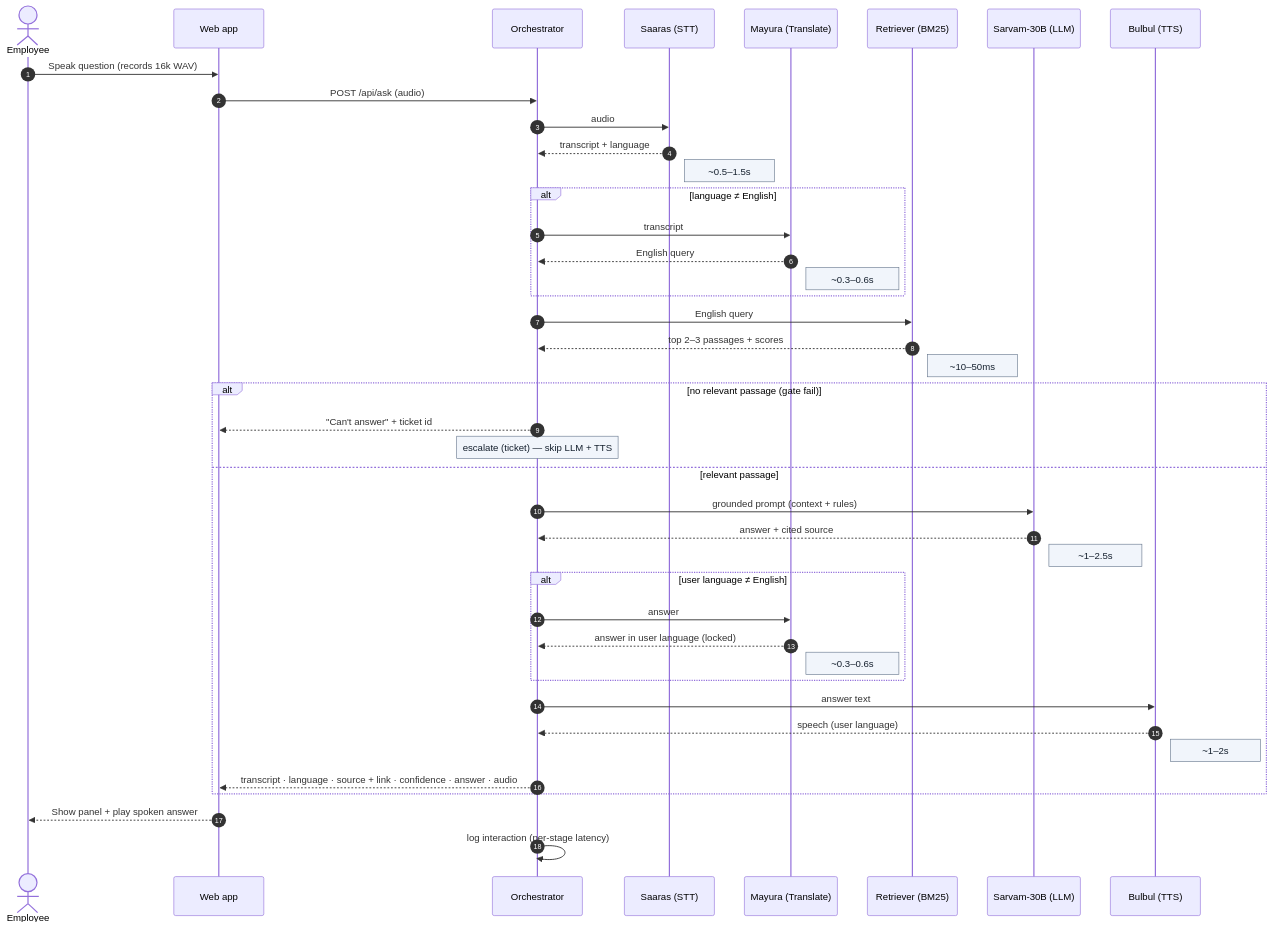
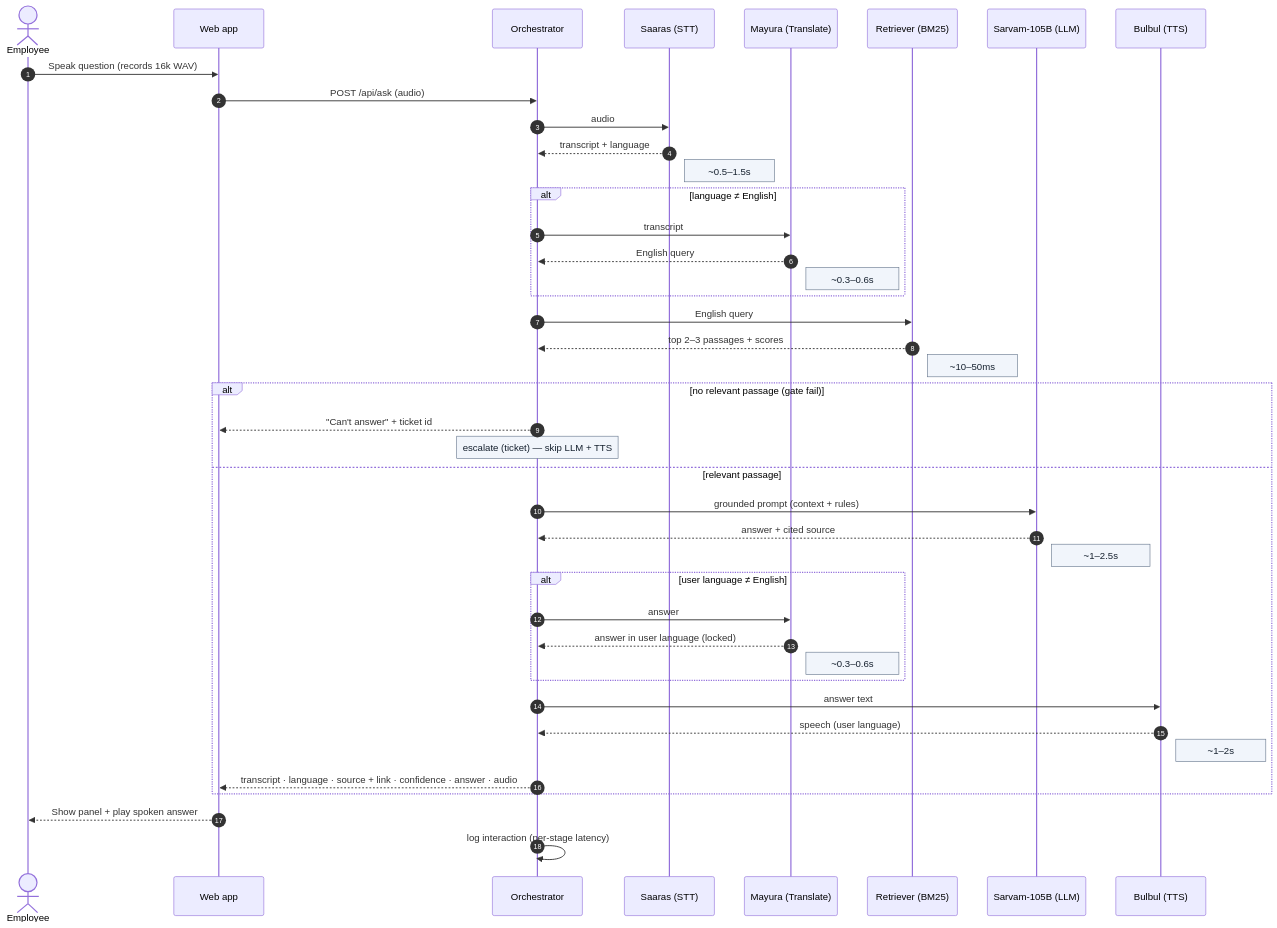
Before and after one commit to vihb09/pnb-sahayak: the third of 6 diagrams in docs/architecture.md, drawn with Mermaid. The commit also changed other lines of this file and 6 other files, not shown here.

````diff
--- a/docs/architecture.md
+++ b/docs/architecture.md
@@ -150,46 +150,46 @@
 ```mermaid
 %%{init: {'themeVariables': {'noteBkgColor':'#F1F5FB','noteBorderColor':'#64748B','noteTextColor':'#15202E'}}}%%
 sequenceDiagram
     autonumber
     actor E as Employee
     participant W as Web app
     participant O as Orchestrator
     participant S as Saaras (STT)
     participant M as Mayura (Translate)
     participant R as Retriever (BM25)
-    participant L as Sarvam-30B (LLM)
+    participant L as Sarvam-105B (LLM)
     participant B as Bulbul (TTS)
 
     E->>W: Speak question (records 16k WAV)
     W->>O: POST /api/ask (audio)
     O->>S: audio
     S-->>O: transcript + language
     Note right of S: ~0.5–1.5s
     alt language ≠ English
         O->>M: transcript
         M-->>O: English query
         Note right of M: ~0.3–0.6s
     end
     O->>R: English query
     R-->>O: top 2–3 passages + scores
     Note right of R: ~10–50ms
     alt no relevant passage (gate fail)
         O-->>W: "Can't answer" + ticket id
         Note over O: escalate (ticket) — skip LLM + TTS
     else relevant passage
         O->>L: grounded prompt (context + rules)
         L-->>O: answer + cited source
         Note right of L: ~1–2.5s
         alt user language ≠ English
             O->>M: answer
             M-->>O: answer in user language (locked)
             Note right of M: ~0.3–0.6s
         end
         O->>B: answer text
         B-->>O: speech (user language)
         Note right of B: ~1–2s
         O-->>W: transcript · language · source + link · confidence · answer · audio
     end
     W-->>E: Show panel + play spoken answer
     O->>O: log interaction (per-stage latency)
 ```
````
